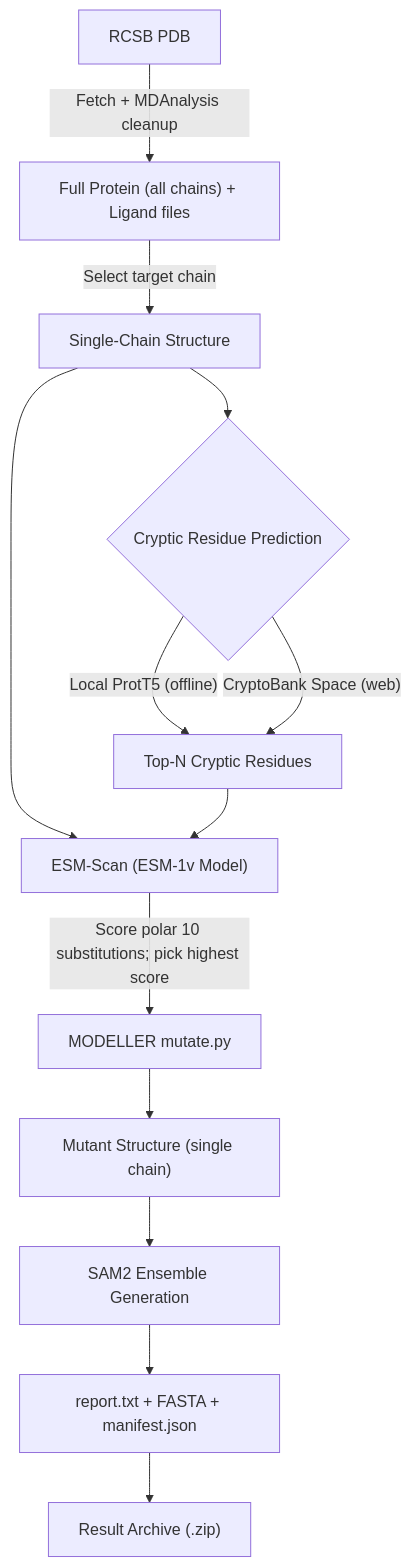
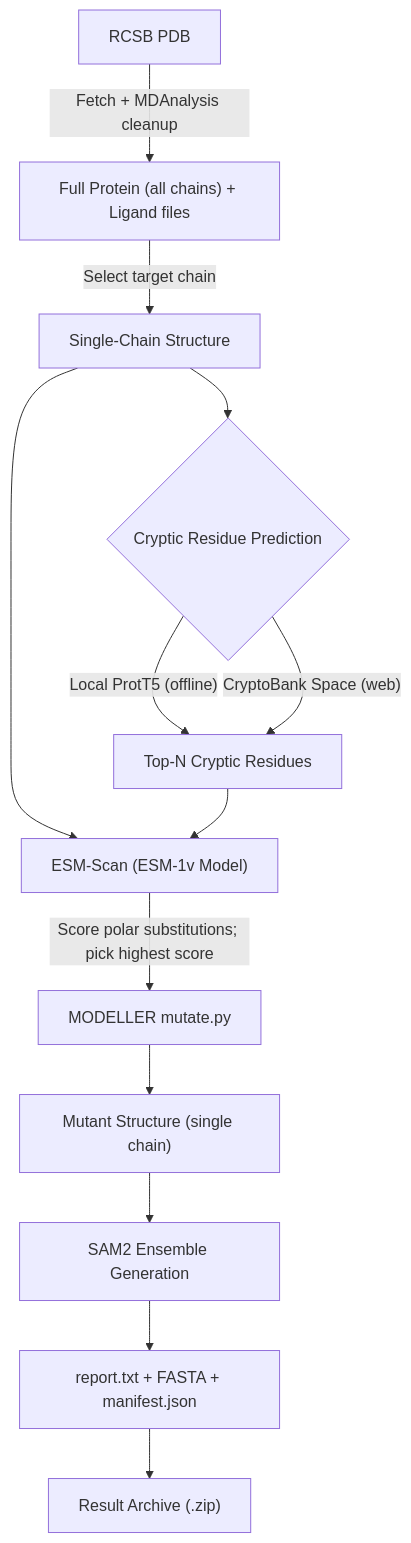
One commit to singhnitink/CryptiScan changed the diagram in README.md. Above: the diagram before and after it, drawn with Mermaid. The commit also changed other lines of this file and 30 other files, not shown here.

````diff
--- a/README.md
+++ b/README.md
@@ -5,20 +5,20 @@
 ```mermaid
 ---
 config:
   layout: dagre
   theme: mc
 ---
 flowchart TB
     A["RCSB PDB"] -- "Fetch + MDAnalysis cleanup" --> B["Full Protein (all chains) + Ligand files"]
     B -- "Select target chain" --> C["Single-Chain Structure"]
     C --> D{"Cryptic Residue Prediction"}
     D -- "Local ProtT5 (offline)" --> E["Top-N Cryptic Residues"]
     D -- "CryptoBank Space (web)" --> E
     C --> F["ESM-Scan (ESM-1v Model)"]
     E --> F
-    F -- "Score polar 10 substitutions; pick highest score" --> G["MODELLER mutate.py"]
+    F -- "Score polar substitutions; pick highest score" --> G["MODELLER mutate.py"]
     G --> H["Mutant Structure (single chain)"]
     H --> I["SAM2 Ensemble Generation"]
     I --> J["report.txt + FASTA + manifest.json"]
     J --> K["Result Archive (.zip)"]
 ```
````
